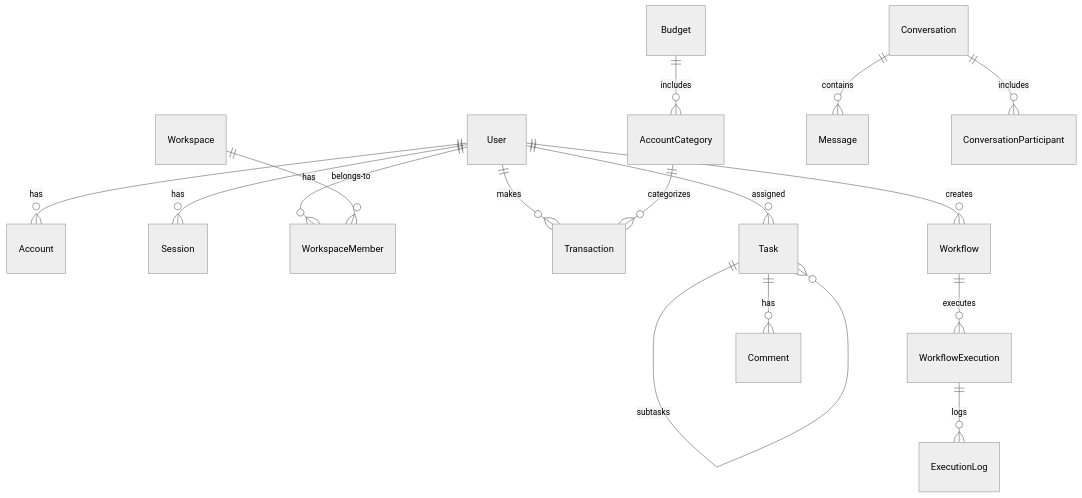
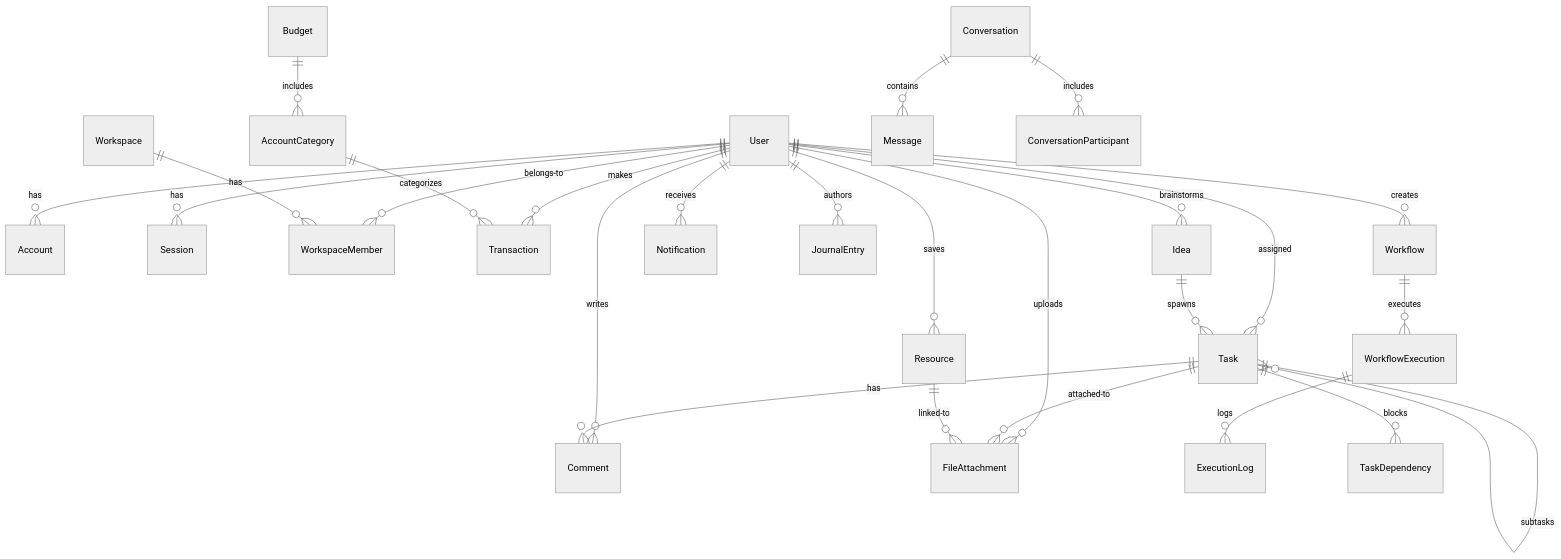
One commit to justinebacurin1927/Internal-ARKO-System changed the second of 2 diagrams in docs/ARCHITECTURE.md. Above: the diagram before and after it, drawn with Mermaid (neutral theme). The commit also changed other lines of this file and 77 other files, not shown here.

````diff
--- a/docs/ARCHITECTURE.md
+++ b/docs/ARCHITECTURE.md
@@ -55,22 +70,34 @@
 ```mermaid
 erDiagram
     User ||--o{ Account : has
     User ||--o{ Session : has
     User ||--o{ WorkspaceMember : belongs-to
     User ||--o{ Transaction : makes
     User ||--o{ Task : assigned
     User ||--o{ Workflow : creates
+    User ||--o{ Comment : writes
+    User ||--o{ Notification : receives
+    User ||--o{ JournalEntry : authors
+    User ||--o{ Idea : brainstorms
+    User ||--o{ Resource : saves
+    User ||--o{ FileAttachment : uploads
     
     Workspace ||--o{ WorkspaceMember : has
     AccountCategory ||--o{ Transaction : categorizes
     Budget ||--o{ AccountCategory : includes
     
     Workflow ||--o{ WorkflowExecution : executes
     WorkflowExecution ||--o{ ExecutionLog : logs
     
     Task ||--o{ Comment : has
     Task ||--o{ Task : subtasks
+    Task ||--o{ TaskDependency : blocks
+    Task ||--o{ FileAttachment : attached-to
     
     Conversation ||--o{ Message : contains
     Conversation ||--o{ ConversationParticipant : includes
+    
+    Idea ||--o{ Task : spawns
+    
+    Resource ||--o{ FileAttachment : linked-to
 ```
````
